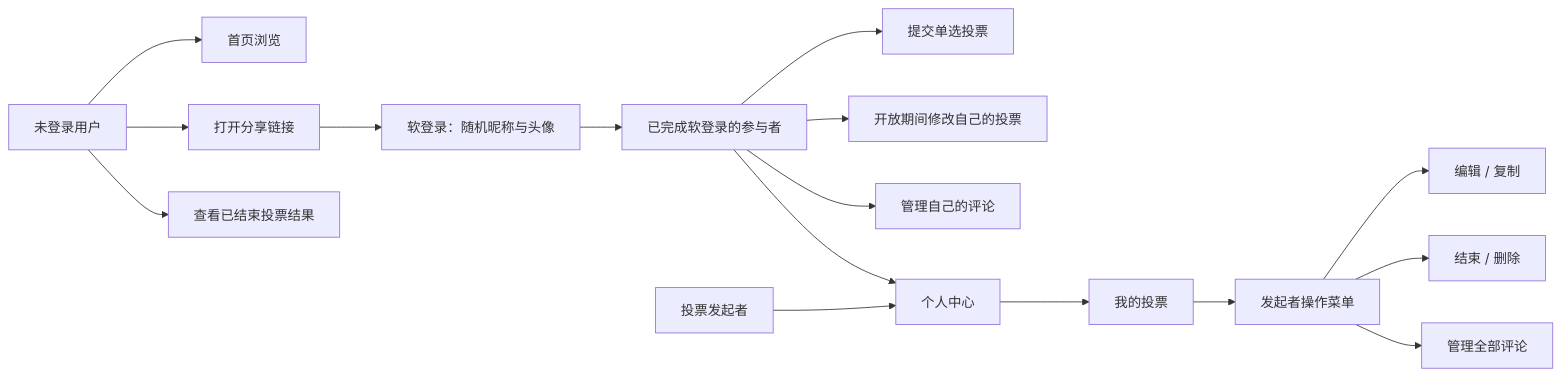
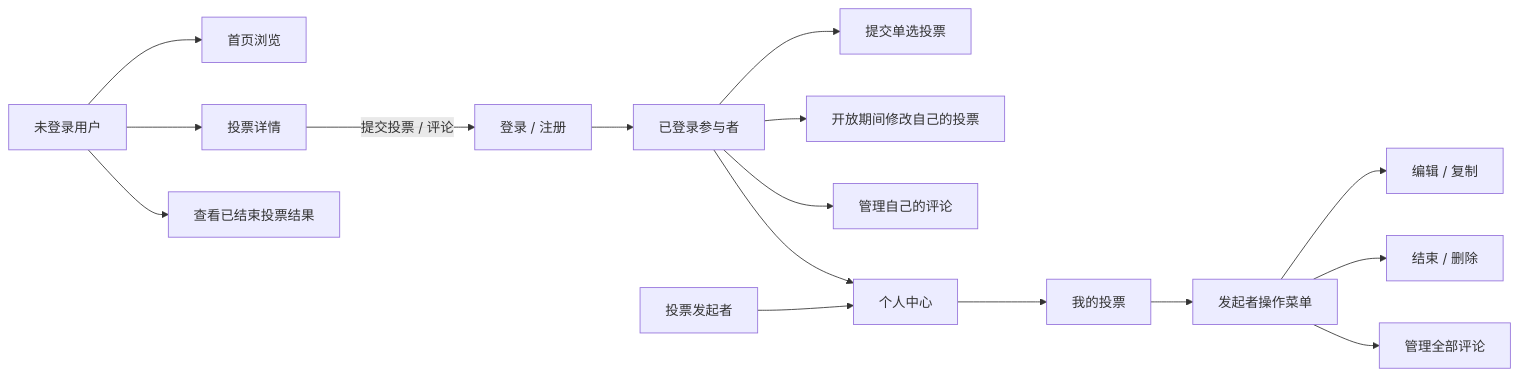
The sixth of 8 diagrams in docs/UserFlow.md (sd5913/The-Aliien-Repo), drawn with Mermaid before and after one commit. The commit also changed other lines of this file and 3 other files, not shown here.

````diff
--- a/docs/UserFlow.md
+++ b/docs/UserFlow.md
@@ -110,21 +155,21 @@
 ```mermaid
 flowchart LR
     A[未登录用户] --> B[首页浏览]
-    A --> C[打开分享链接]
+    A --> C[投票详情]
     A --> D[查看已结束投票结果]
 
-    C --> E[软登录：随机昵称与头像]
-    E --> F[已完成软登录的参与者]
+    C -->|提交投票 / 评论| E[登录 / 注册]
+    E --> F[已登录参与者]
 
     F --> G[提交单选投票]
     F --> H[开放期间修改自己的投票]
     F --> I[管理自己的评论]
     F --> J[个人中心]
 
     K[投票发起者] --> J
     J --> L[我的投票]
     L --> M[发起者操作菜单]
     M --> N[编辑 / 复制]
     M --> O[结束 / 删除]
     M --> P[管理全部评论]
 ```
````
